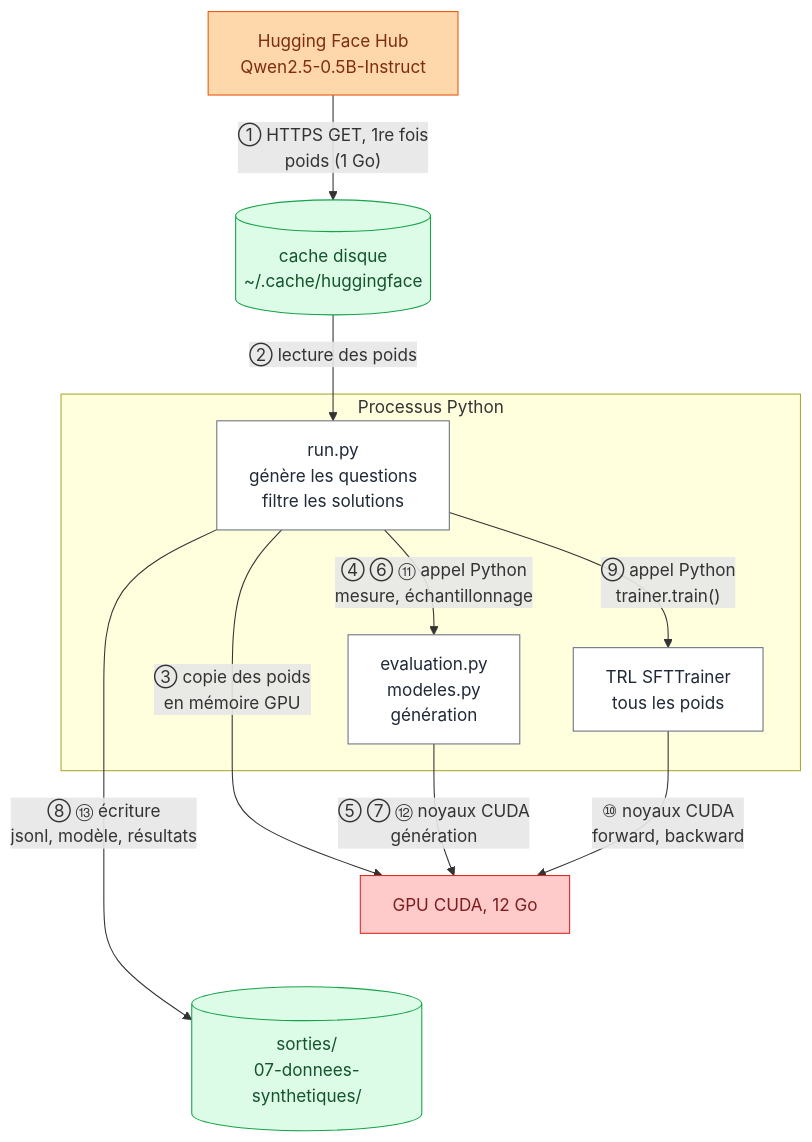
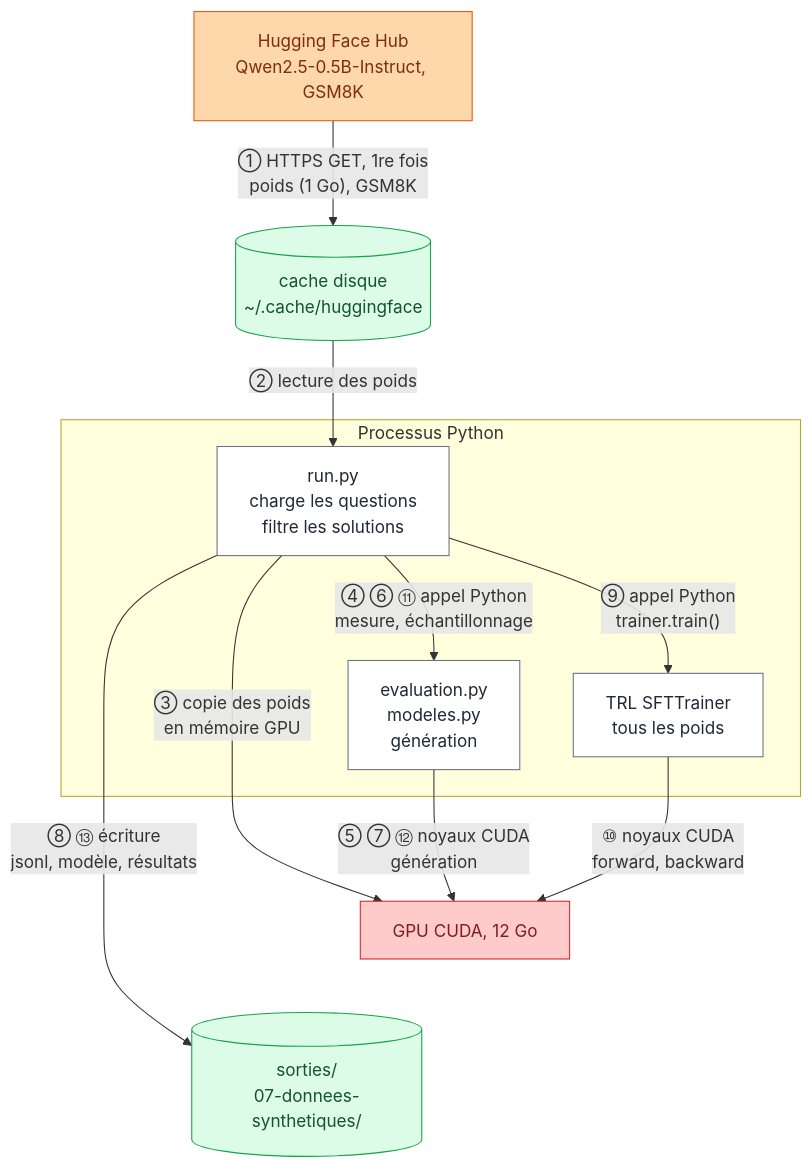
One commit to xavinsky/amelioria changed the diagram in 07-donnees-synthetiques/README.md. Above: the diagram before and after it, drawn with Mermaid. The commit also changed other lines of this file and 4 other files, not shown here.

````diff
--- a/07-donnees-synthetiques/README.md
+++ b/07-donnees-synthetiques/README.md
@@ -49,32 +49,32 @@
 ```mermaid
 flowchart TD
   classDef externe fill:#fed7aa,stroke:#ea580c,color:#7c2d12
   classDef code fill:#ffffff,stroke:#6b7280,color:#1f2937
   classDef gpu fill:#fecaca,stroke:#dc2626,color:#7f1d1d
   classDef disque fill:#dcfce7,stroke:#16a34a,color:#14532d
 
-  Hub["Hugging Face Hub<br/>Qwen2.5-0.5B-Instruct"]
+  Hub["Hugging Face Hub<br/>Qwen2.5-0.5B-Instruct, GSM8K"]
   Cache[("cache disque<br/>~/.cache/huggingface")]
   subgraph Py["Processus Python"]
-    Run["run.py<br/>génère les questions<br/>filtre les solutions"]
+    Run["run.py<br/>charge les questions<br/>filtre les solutions"]
     Ev["evaluation.py<br/>modeles.py<br/>génération"]
     TRL["TRL SFTTrainer<br/>tous les poids"]
   end
   GPU["GPU CUDA, 12 Go"]
   Out[("sorties/<br/>07-donnees-synthetiques/")]
 
-  Hub -- "① HTTPS GET, 1re fois<br/>poids (1 Go)" --> Cache
+  Hub -- "① HTTPS GET, 1re fois<br/>poids (1 Go), GSM8K" --> Cache
   Cache -- "② lecture des poids" --> Run
   Run -- "③ copie des poids<br/>en mémoire GPU" --> GPU
   Run -- "④ ⑥ ⑪ appel Python<br/>mesure, échantillonnage" --> Ev
   Ev -- "⑤ ⑦ ⑫ noyaux CUDA<br/>génération" --> GPU
   Run -- "⑧ ⑬ écriture<br/>jsonl, modèle, résultats" --> Out
   Run -- "⑨ appel Python<br/>trainer.train()" --> TRL
   TRL -- "⑩ noyaux CUDA<br/>forward, backward" --> GPU
 
   GPU ~~~ Out
   class Hub externe
   class Run,Ev,TRL code
   class GPU gpu
   class Cache,Out disque
 ```
````
